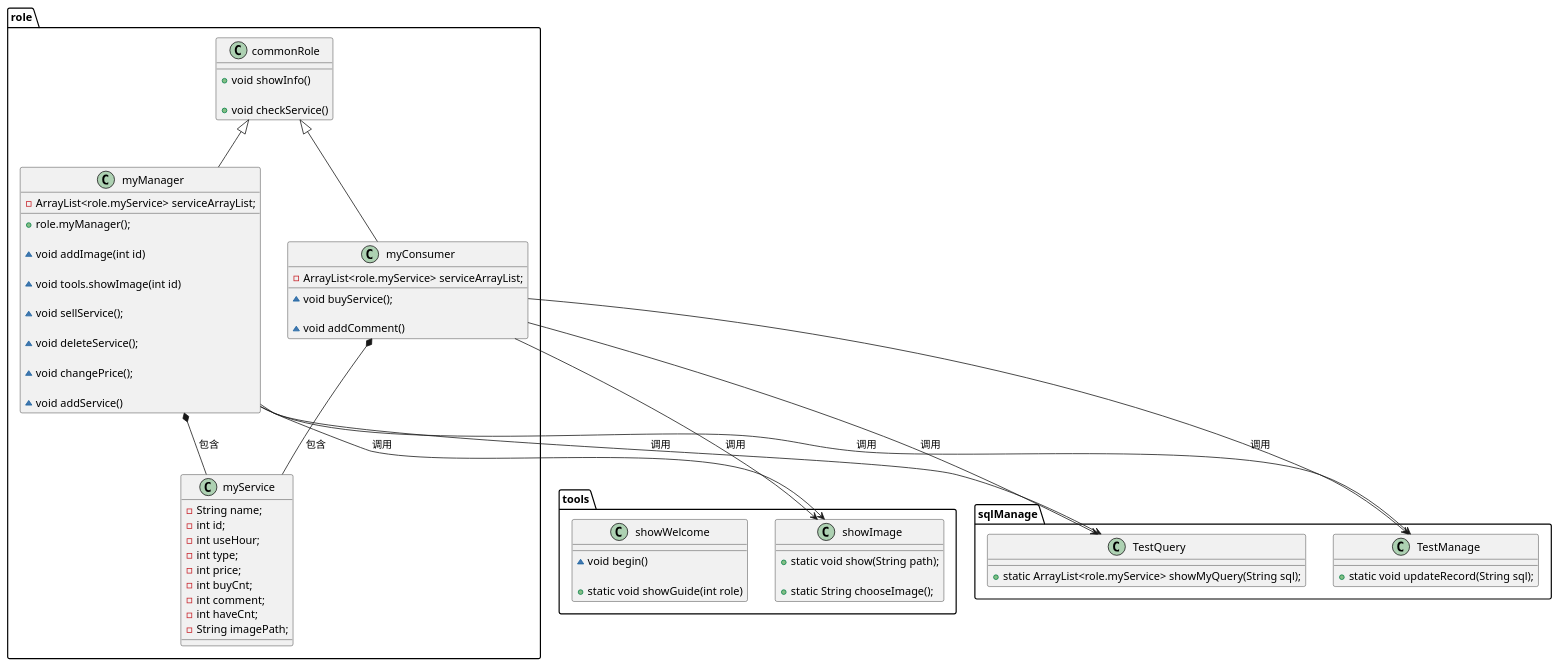
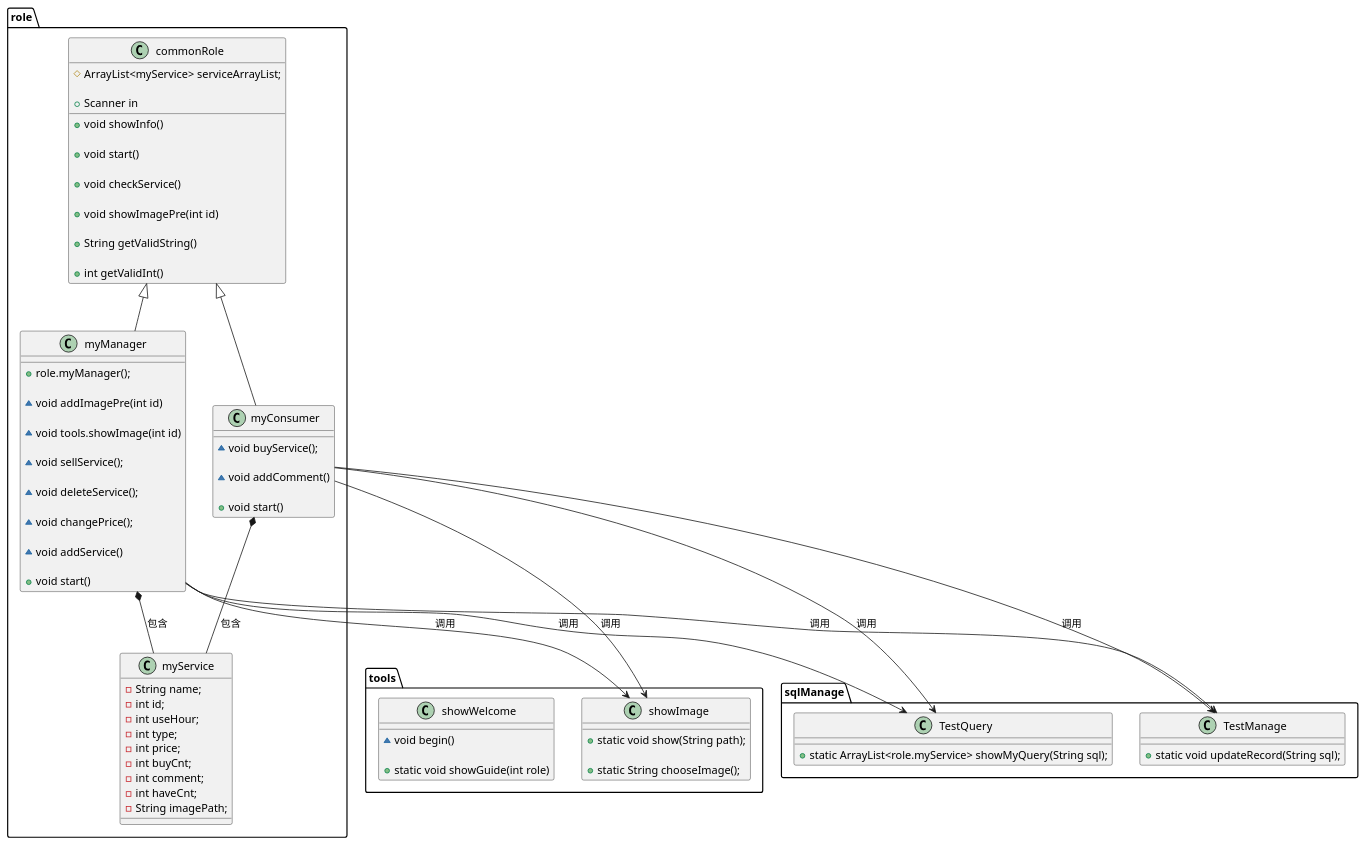
Before and after one commit to beautifulwq/bookManagement: the diagram in src/wq.puml, drawn with PlantUML. The commit also changed 2 other files, not shown here.

```diff
--- a/src/wq.puml
+++ b/src/wq.puml
@@ -1,96 +1,104 @@
 @startuml wq
 'https://plantuml.com/class-diagram
 
 role.myManager *-- role.myService :包含
 
 role.myConsumer *-- role.myService :包含
 
 role.myManager --> tools.showImage :调用
 
 role.myManager --> sqlManage.TestQuery :调用
 
 role.myManager --> sqlManage.TestManage :调用
 
 role.myConsumer --> tools.showImage :调用
 
 role.myConsumer --> sqlManage.TestQuery :调用
 
 role.myConsumer --> sqlManage.TestManage :调用
 
-' together {
-'     class role.myService
-'     class role.myConsumer
 
-' }
 
 
 class sqlManage.TestQuery{
     + static ArrayList<role.myService> showMyQuery(String sql);
 }
 
 class sqlManage.TestManage{
     + static void updateRecord(String sql);
 
 }
 
 class role.commonRole{
-     + void showInfo()
+    # ArrayList<myService> serviceArrayList;
 
-     + void checkService()
+    + Scanner in
+    
+    + void showInfo()
+
+    + void start()
+
+    + void checkService()
+
+    + void showImagePre(int id)
+
+    + String getValidString()
+
+    + int getValidInt()
 }
 
 class role.myManager extends role.commonRole{
-    - ArrayList<role.myService> serviceArrayList;
 
     + role.myManager();
 
-    ~ void addImage(int id)
+    ~ void addImagePre(int id)
 
     ~ void tools.showImage(int id)
 
     ~ void sellService();
 
     ~ void deleteService();
 
     ~ void changePrice();
 
     ~ void addService()
 
+    + void start()
 }
 
 class role.myConsumer extends role.commonRole{
-    - ArrayList<role.myService> serviceArrayList;
 
     ~ void buyService();
 
     ~ void addComment()
 
+    + void start()
 }
 
 class role.myService{
     - String name;
     - int id;
     - int useHour;
     - int type;
     - int price;
     - int buyCnt;
     - int comment;
     - int haveCnt;
     - String imagePath;
 }
 
 class tools.showImage{
 
     + static void show(String path);
 
     + static String chooseImage();
 }
 
 class tools.showWelcome{
     ~ void begin()
 
     + static void showGuide(int role)
 }
 
 
 @enduml
```
